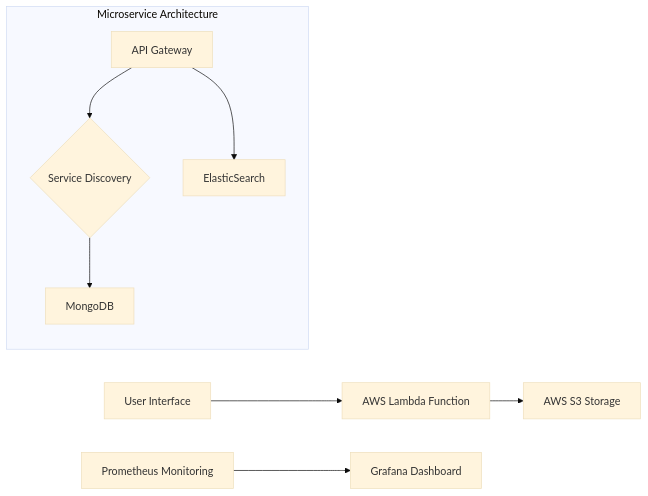
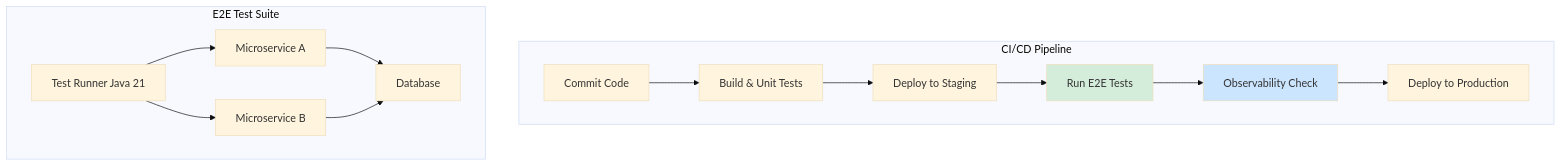
The first of 6 diagrams in _Review/testing_e2e_en_microservicios/testing_e2e_en_microservicios.md (Joaquinriosheredia/DAM-Java-Mastery), drawn with Mermaid (base theme) before and after one commit. The commit also changed other lines of this file, not shown here.

````diff
--- a/_Review/testing_e2e_en_microservicios/testing_e2e_en_microservicios.md
+++ b/_Review/testing_e2e_en_microservicios/testing_e2e_en_microservicios.md
@@ -530,11 +55,20 @@
 ```mermaid
-graph LR
-    subgraph Microservice Architecture
-        A[API Gateway] --> B{Service Discovery}
-        B --> C[MongoDB]
-        A --> D[ElasticSearch]
+graph TD
+    subgraph CI/CD Pipeline
+        A[Commit Code] --> B[Build & Unit Tests]
+        B --> C[Deploy to Staging]
+        C --> D[Run E2E Tests]
+        D --> E[Observability Check]
+        E --> F[Deploy to Production]
     end
-    E[User Interface] --> F[AWS Lambda Function]
-    F --> G[AWS S3 Storage]
-    H[Prometheus Monitoring] --> I[Grafana Dashboard]
+    
+    subgraph E2E Test Suite
+        G[Test Runner Java 21] --> H[Microservice A]
+        G --> I[Microservice B]
+        H --> J[Database]
+        I --> J
+    end
+    
+    style D fill:#d4edda
+    style E fill:#cce5ff
 ```
````
